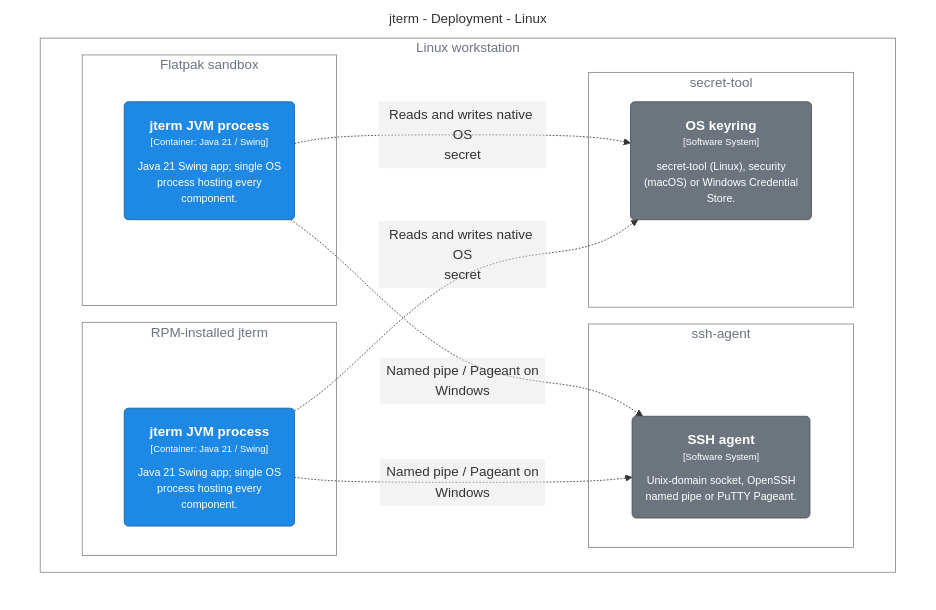
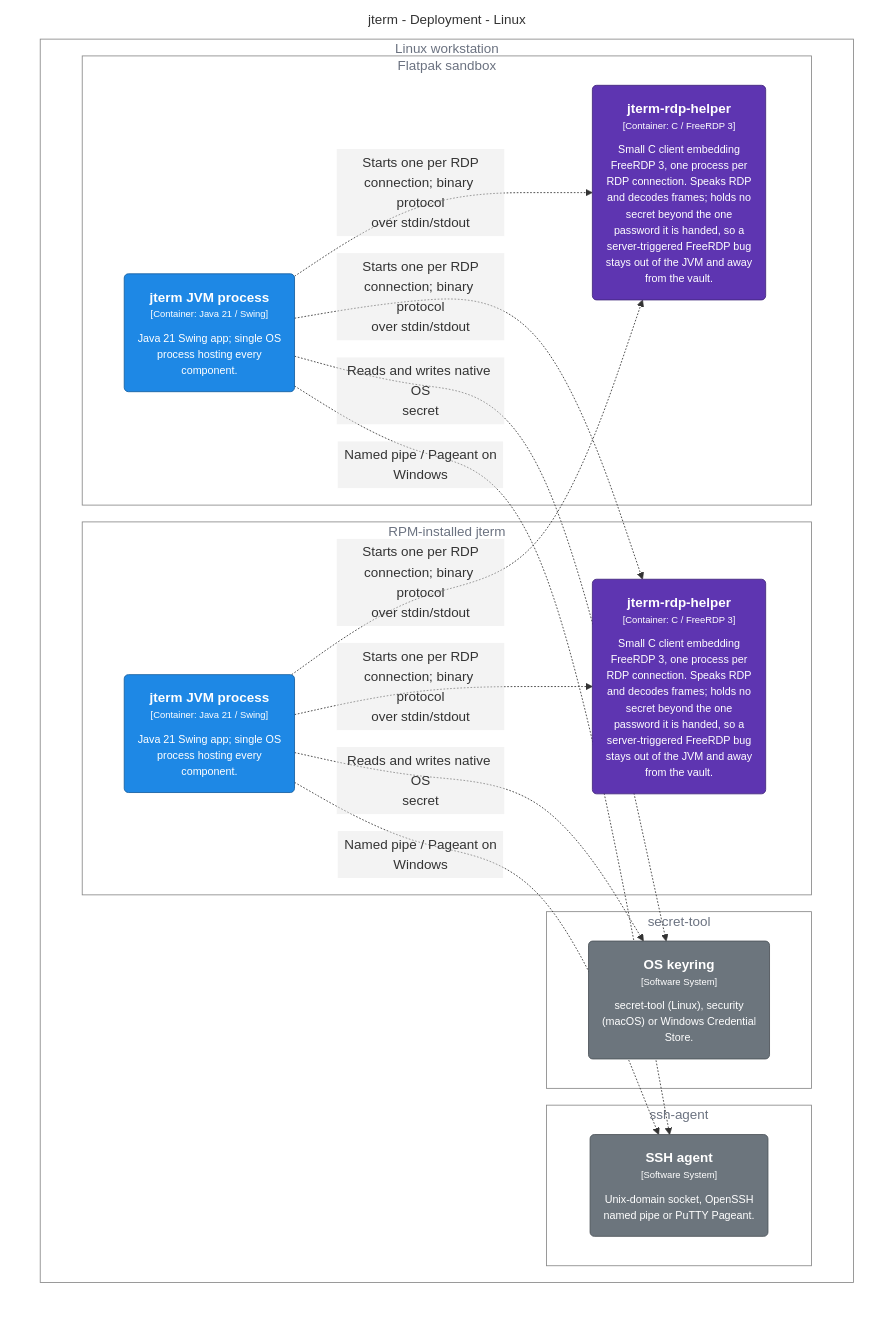
Before and after one commit to drecaise/jterm: the diagram in docs/architecture/model/generated/deployment-linux.mmd, drawn with Mermaid. The commit also changed 238 other files, not shown here.

```diff
--- a/docs/architecture/model/generated/deployment-linux.mmd
+++ b/docs/architecture/model/generated/deployment-linux.mmd
@@ -1,49 +1,57 @@
 ---
 config:
   flowchart:
     padding: 16
 ---
 %%{init: {'theme':'base','themeVariables':{'edgeLabelBackground':'transparent','lineColor':'#8b95a1','fontFamily':'-apple-system,BlinkMacSystemFont,"Segoe UI",Roboto,Helvetica,Arial,sans-serif','fontSize':'14px'},'flowchart':{'curve':'basis','useMaxWidth':true}}}%%
 graph TB
 
   subgraph diagram ["jterm - Deployment - Linux"]
     style diagram fill:transparent,stroke:transparent
 
-    subgraph 102 [Linux workstation]
-      style 102 fill:transparent,stroke:#888888,color:#6b7280
+    subgraph 137 [Linux workstation]
+      style 137 fill:transparent,stroke:#888888,color:#6b7280
 
-      subgraph 103 [Flatpak sandbox]
-        style 103 fill:transparent,stroke:#888888,color:#6b7280
+      subgraph 138 [Flatpak sandbox]
+        style 138 fill:transparent,stroke:#888888,color:#6b7280
 
-        104("<div style='font-weight: bold'>jterm JVM process</div><div style='font-size: 70%; margin-top: 0px'>[Container: Java 21 / Swing]</div><div style='font-size: 80%; margin-top:10px'>Java 21 Swing app; single OS<br />process hosting every<br />component.</div>")
-        style 104 fill:#1e88e5,stroke:#155fa0,color:#ffffff
+        139("<div style='font-weight: bold'>jterm JVM process</div><div style='font-size: 70%; margin-top: 0px'>[Container: Java 21 / Swing]</div><div style='font-size: 80%; margin-top:10px'>Java 21 Swing app; single OS<br />process hosting every<br />component.</div>")
+        style 139 fill:#1e88e5,stroke:#155fa0,color:#ffffff
+        140("<div style='font-weight: bold'>jterm-rdp-helper</div><div style='font-size: 70%; margin-top: 0px'>[Container: C / FreeRDP 3]</div><div style='font-size: 80%; margin-top:10px'>Small C client embedding<br />FreeRDP 3, one process per<br />RDP connection. Speaks RDP<br />and decodes frames; holds no<br />secret beyond the one<br />password it is handed, so a<br />server-triggered FreeRDP bug<br />stays out of the JVM and away<br />from the vault.</div>")
+        style 140 fill:#5e35b1,stroke:#41257b,color:#ffffff
       end
 
-      subgraph 105 [RPM-installed jterm]
-        style 105 fill:transparent,stroke:#888888,color:#6b7280
+      subgraph 142 [RPM-installed jterm]
+        style 142 fill:transparent,stroke:#888888,color:#6b7280
 
-        106("<div style='font-weight: bold'>jterm JVM process</div><div style='font-size: 70%; margin-top: 0px'>[Container: Java 21 / Swing]</div><div style='font-size: 80%; margin-top:10px'>Java 21 Swing app; single OS<br />process hosting every<br />component.</div>")
-        style 106 fill:#1e88e5,stroke:#155fa0,color:#ffffff
+        143("<div style='font-weight: bold'>jterm JVM process</div><div style='font-size: 70%; margin-top: 0px'>[Container: Java 21 / Swing]</div><div style='font-size: 80%; margin-top:10px'>Java 21 Swing app; single OS<br />process hosting every<br />component.</div>")
+        style 143 fill:#1e88e5,stroke:#155fa0,color:#ffffff
+        145("<div style='font-weight: bold'>jterm-rdp-helper</div><div style='font-size: 70%; margin-top: 0px'>[Container: C / FreeRDP 3]</div><div style='font-size: 80%; margin-top:10px'>Small C client embedding<br />FreeRDP 3, one process per<br />RDP connection. Speaks RDP<br />and decodes frames; holds no<br />secret beyond the one<br />password it is handed, so a<br />server-triggered FreeRDP bug<br />stays out of the JVM and away<br />from the vault.</div>")
+        style 145 fill:#5e35b1,stroke:#41257b,color:#ffffff
       end
 
-      subgraph 107 [secret-tool]
-        style 107 fill:transparent,stroke:#888888,color:#6b7280
+      subgraph 148 [secret-tool]
+        style 148 fill:transparent,stroke:#888888,color:#6b7280
 
-        108("<div style='font-weight: bold'>OS keyring</div><div style='font-size: 70%; margin-top: 0px'>[Software System]</div><div style='font-size: 80%; margin-top:10px'>secret-tool (Linux), security<br />(macOS) or Windows Credential<br />Store.</div>")
-        style 108 fill:#6c757d,stroke:#4b5157,color:#ffffff
+        149("<div style='font-weight: bold'>OS keyring</div><div style='font-size: 70%; margin-top: 0px'>[Software System]</div><div style='font-size: 80%; margin-top:10px'>secret-tool (Linux), security<br />(macOS) or Windows Credential<br />Store.</div>")
+        style 149 fill:#6c757d,stroke:#4b5157,color:#ffffff
       end
 
-      subgraph 111 [ssh-agent]
-        style 111 fill:transparent,stroke:#888888,color:#6b7280
+      subgraph 152 [ssh-agent]
+        style 152 fill:transparent,stroke:#888888,color:#6b7280
 
-        112("<div style='font-weight: bold'>SSH agent</div><div style='font-size: 70%; margin-top: 0px'>[Software System]</div><div style='font-size: 80%; margin-top:10px'>Unix-domain socket, OpenSSH<br />named pipe or PuTTY Pageant.</div>")
-        style 112 fill:#6c757d,stroke:#4b5157,color:#ffffff
+        153("<div style='font-weight: bold'>SSH agent</div><div style='font-size: 70%; margin-top: 0px'>[Software System]</div><div style='font-size: 80%; margin-top:10px'>Unix-domain socket, OpenSSH<br />named pipe or PuTTY Pageant.</div>")
+        style 153 fill:#6c757d,stroke:#4b5157,color:#ffffff
       end
 
     end
 
-    104-. "<div style='padding:4px 8px'><div>Reads and writes native OS<br />secret</div><div style='font-size: 70%'></div></div>" .->108
-    104-. "<div style='padding:4px 8px'><div>Named pipe / Pageant on<br />Windows</div><div style='font-size: 70%'></div></div>" .->112
-    106-. "<div style='padding:4px 8px'><div>Reads and writes native OS<br />secret</div><div style='font-size: 70%'></div></div>" .->108
-    106-. "<div style='padding:4px 8px'><div>Named pipe / Pageant on<br />Windows</div><div style='font-size: 70%'></div></div>" .->112
+    139-. "<div style='padding:4px 8px'><div>Starts one per RDP<br />connection; binary protocol<br />over stdin/stdout</div><div style='font-size: 70%'></div></div>" .->140
+    139-. "<div style='padding:4px 8px'><div>Starts one per RDP<br />connection; binary protocol<br />over stdin/stdout</div><div style='font-size: 70%'></div></div>" .->145
+    139-. "<div style='padding:4px 8px'><div>Reads and writes native OS<br />secret</div><div style='font-size: 70%'></div></div>" .->149
+    139-. "<div style='padding:4px 8px'><div>Named pipe / Pageant on<br />Windows</div><div style='font-size: 70%'></div></div>" .->153
+    143-. "<div style='padding:4px 8px'><div>Starts one per RDP<br />connection; binary protocol<br />over stdin/stdout</div><div style='font-size: 70%'></div></div>" .->140
+    143-. "<div style='padding:4px 8px'><div>Starts one per RDP<br />connection; binary protocol<br />over stdin/stdout</div><div style='font-size: 70%'></div></div>" .->145
+    143-. "<div style='padding:4px 8px'><div>Reads and writes native OS<br />secret</div><div style='font-size: 70%'></div></div>" .->149
+    143-. "<div style='padding:4px 8px'><div>Named pipe / Pageant on<br />Windows</div><div style='font-size: 70%'></div></div>" .->153
   end
```
